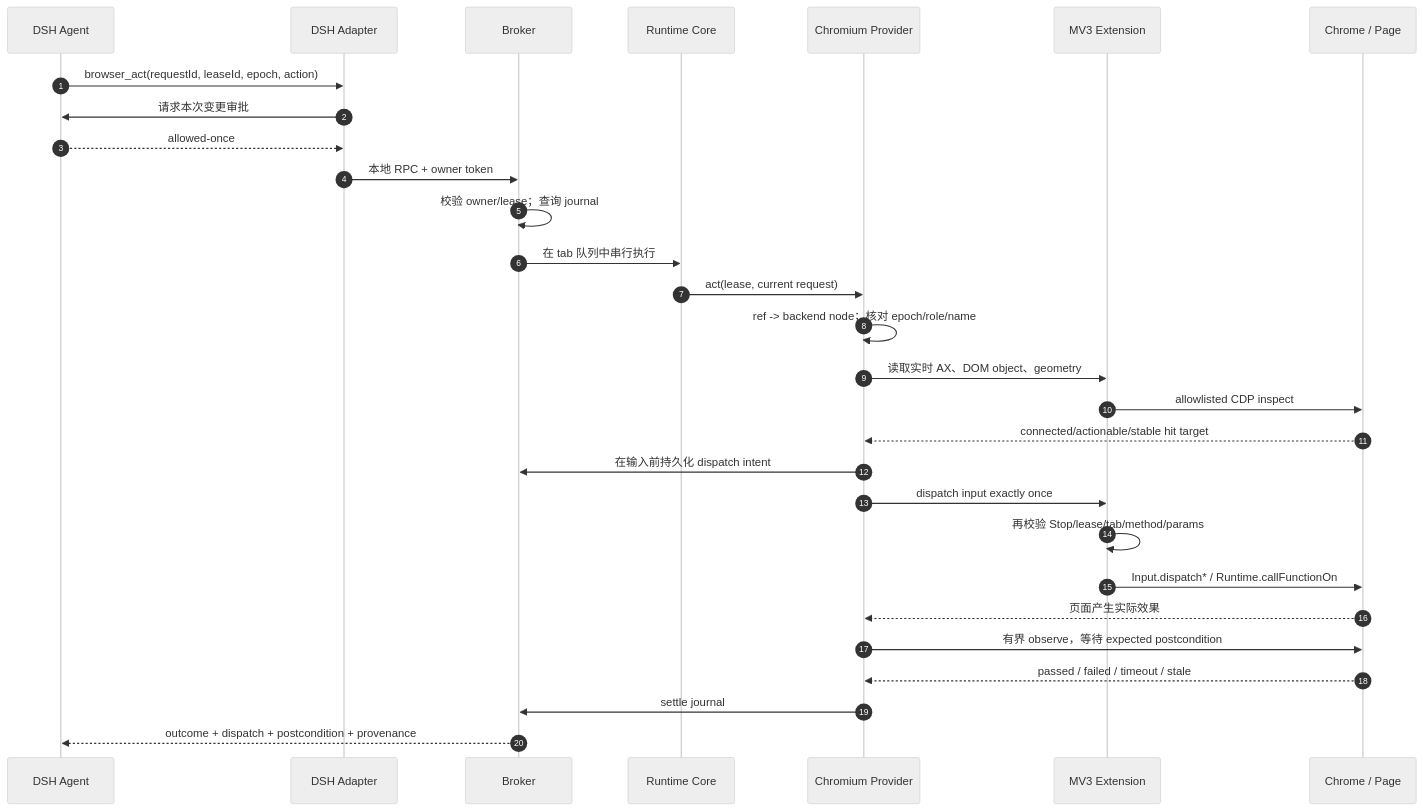
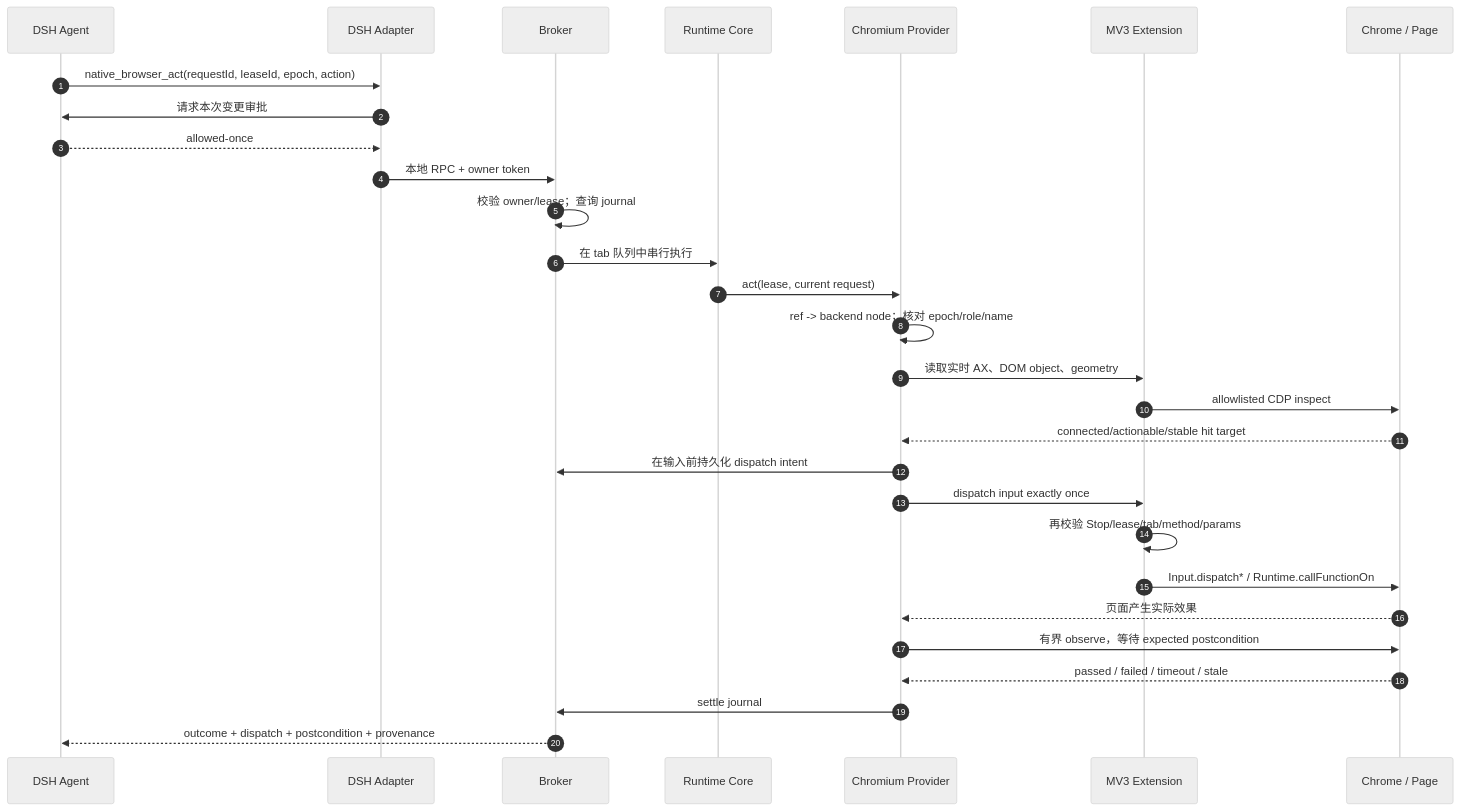
The fifth of 7 diagrams in docs/current-implementation.zh-CN.md (longmiaoo/dsh-native-browser), drawn with Mermaid (neutral theme) before and after one commit. The commit also changed other lines of this file and 32 other files, not shown here.

Commit message:
feat(tools): isolate native browser namespace

```diff
--- a/docs/current-implementation.zh-CN.md
+++ b/docs/current-implementation.zh-CN.md
@@ -250,32 +250,32 @@
 ~~~mermaid
 sequenceDiagram
     autonumber
     participant A as DSH Agent
     participant D as DSH Adapter
     participant B as Broker
     participant R as Runtime Core
     participant P as Chromium Provider
     participant E as MV3 Extension
     participant C as Chrome / Page
 
-    A->>D: browser_act(requestId, leaseId, epoch, action)
+    A->>D: native_browser_act(requestId, leaseId, epoch, action)
     D->>A: 请求本次变更审批
     A-->>D: allowed-once
     D->>B: 本地 RPC + owner token
     B->>B: 校验 owner/lease；查询 journal
     B->>R: 在 tab 队列中串行执行
     R->>P: act(lease, current request)
     P->>P: ref -> backend node；核对 epoch/role/name
     P->>E: 读取实时 AX、DOM object、geometry
     E->>C: allowlisted CDP inspect
     C-->>P: connected/actionable/stable hit target
     P->>B: 在输入前持久化 dispatch intent
     P->>E: dispatch input exactly once
     E->>E: 再校验 Stop/lease/tab/method/params
     E->>C: Input.dispatch* / Runtime.callFunctionOn
     C-->>P: 页面产生实际效果
     P->>C: 有界 observe，等待 expected postcondition
     C-->>P: passed / failed / timeout / stale
     P->>B: settle journal
     B-->>A: outcome + dispatch + postcondition + provenance
 ~~~
```
